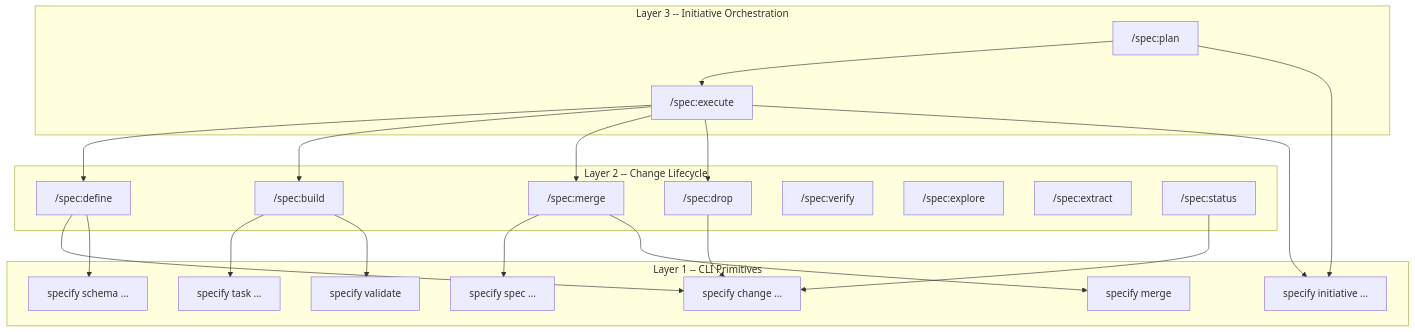
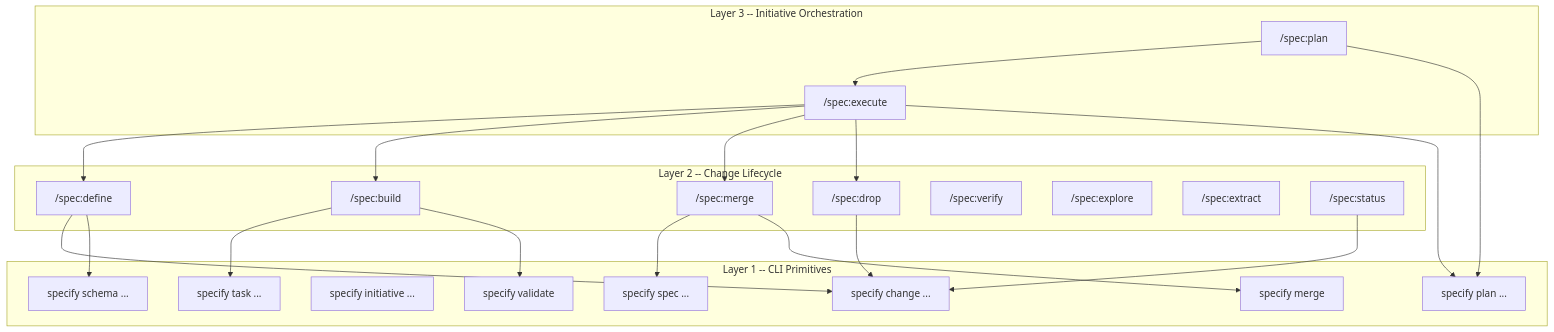
Before and after one commit to augentic/anvil: the diagram in docs/orientation/three-layer-stack.md, drawn with Mermaid. The commit also changed other lines of this file and 74 other files, not shown here.

Commit message:
specify initiative -> specify plan

````diff
--- a/docs/orientation/three-layer-stack.md
+++ b/docs/orientation/three-layer-stack.md
@@ -5,45 +5,46 @@
 ```mermaid
 graph TB
     subgraph layer3 [Layer 3 -- Initiative Orchestration]
         plan["/spec:plan"]
         execute["/spec:execute"]
     end
 
     subgraph layer2 [Layer 2 -- Change Lifecycle]
         define["/spec:define"]
         build["/spec:build"]
         mergeSkill["/spec:merge"]
         drop["/spec:drop"]
         verify["/spec:verify"]
         explore["/spec:explore"]
         extract["/spec:extract"]
         status["/spec:status"]
     end
 
     subgraph layer1 [Layer 1 -- CLI Primitives]
         changeCli["specify change ..."]
+        planCli["specify plan ..."]
         initCli["specify initiative ..."]
         schemaCli["specify schema ..."]
         specCli["specify spec ..."]
         validateCli["specify validate"]
         taskCli["specify task ..."]
         mergeCli["specify merge"]
     end
 
     plan --> execute
     execute --> define
     execute --> build
     execute --> mergeSkill
     execute --> drop
 
     define --> changeCli
     define --> schemaCli
     build --> taskCli
     build --> validateCli
     mergeSkill --> specCli
     mergeSkill --> mergeCli
     drop --> changeCli
     status --> changeCli
-    plan --> initCli
-    execute --> initCli
+    plan --> planCli
+    execute --> planCli
 ```
````
